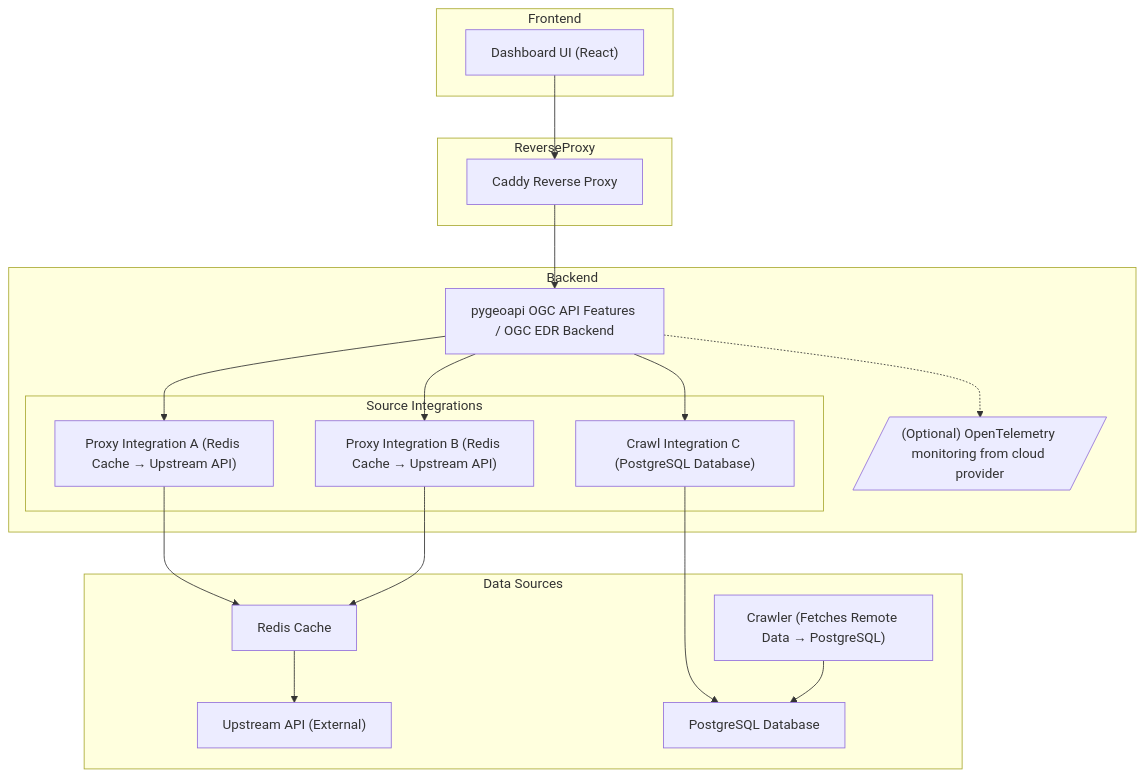
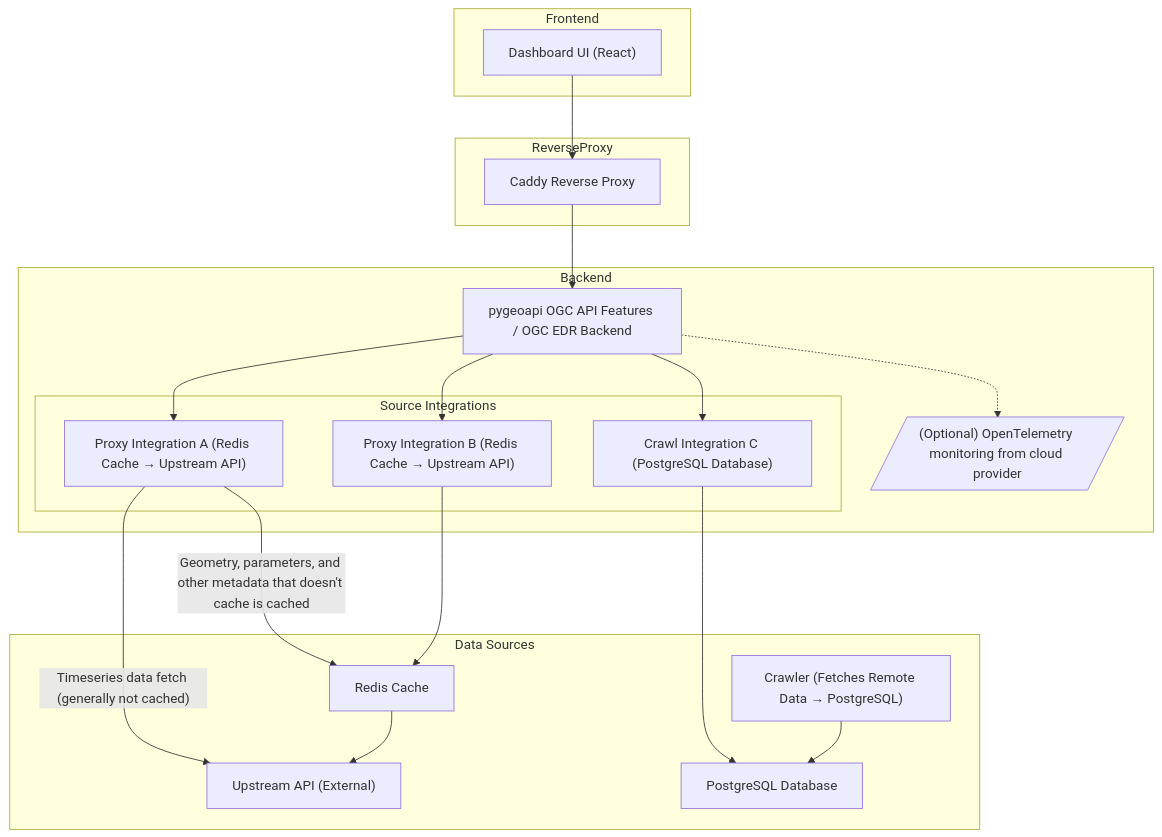
One commit to internetofwater/Western-Water-Datahub changed the diagram in docs/cloud_deployment.md. Above: the diagram before and after it, drawn with Mermaid.

Commit message:
feedback

````diff
--- a/docs/cloud_deployment.md
+++ b/docs/cloud_deployment.md
@@ -7,45 +7,46 @@
 ```mermaid
 flowchart TD
     subgraph Frontend
         DashboardUI["Dashboard UI (React)"]
     end
 
     subgraph ReverseProxy
         Caddy["Caddy Reverse Proxy"]
     end
 
     subgraph Backend
         Pygeoapi["pygeoapi OGC API Features / OGC EDR Backend"]
 
         subgraph "Source Integrations"
             RedisSource1["Proxy Integration A (Redis Cache → Upstream API)"]
             RedisSource2["Proxy Integration B (Redis Cache → Upstream API)"]
             PostgresSource["Crawl Integration C (PostgreSQL Database)"]
         end
 
         OpenTelemetry[/"(Optional) OpenTelemetry monitoring from cloud provider"/]
     end
 
     subgraph Data Sources
         Redis["Redis Cache"]
         UpstreamAPI["Upstream API (External)"]
         Postgres["PostgreSQL Database"]
         Crawler["Crawler (Fetches Remote Data → PostgreSQL)"]
     end
 
     DashboardUI --> Caddy
     Caddy --> Pygeoapi
 
     Pygeoapi --> RedisSource1
     Pygeoapi --> RedisSource2
     Pygeoapi --> PostgresSource
 
-    RedisSource1 --> Redis
+    RedisSource1 -- "Geometry, parameters, and other metadata that doesn't cache is cached" --> Redis
+    RedisSource1 -- "Timeseries data fetch (generally not cached)" --> UpstreamAPI
     RedisSource2 --> Redis
     Redis --> UpstreamAPI
 
     PostgresSource --> Postgres
     Crawler --> Postgres
 
     Pygeoapi -.-> OpenTelemetry
 ```
````
